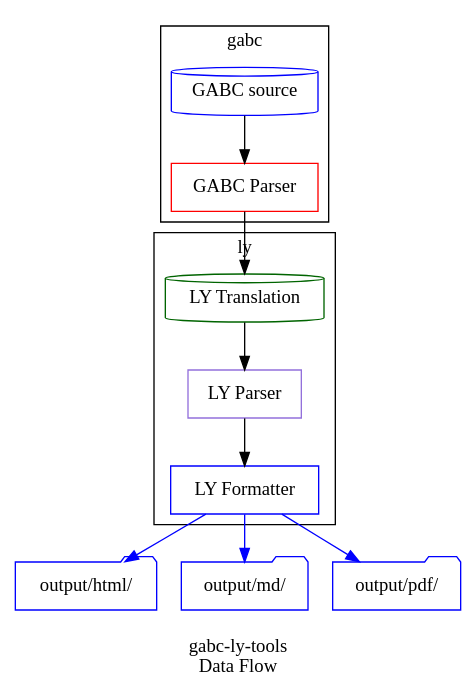
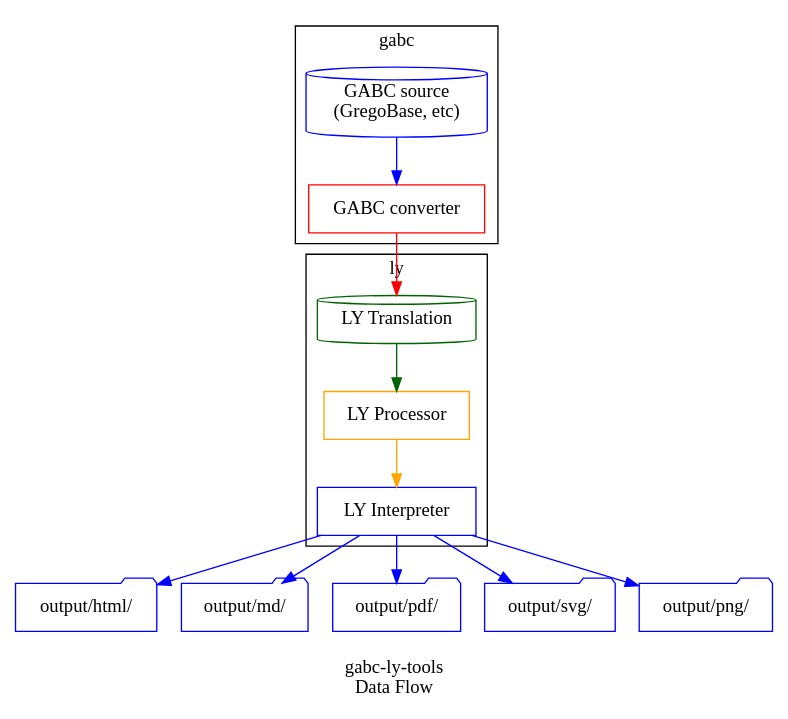
Before and after one commit to guild-st-isidore-TO/editorismelicorum: the diagram in static/design/data-flow.dot, drawn with Graphviz. The commit also changed other lines of this file, not shown here.

Commit message:
redesigned data flow

```diff
--- a/static/design/data-flow.dot
+++ b/static/design/data-flow.dot
@@ -1,32 +1,36 @@
 digraph {
     label = "\ngabc-ly-tools\nData Flow";
     node [shape = box;];
     
     subgraph cluster_0 {
         label = "gabc";
-        gabcSource -> gabcParser;
+        gabcSource -> gabcParser [color = blue;];
     }
     
-    gabcParser -> lyTranslation;
+    gabcParser -> lyTranslation [color = red;];
     
     subgraph cluster_1 {
         label = "ly";
-        lyTranslation -> lyParser;
-        lyParser -> lyFormatter;
+        lyTranslation -> lyProcessor [color = darkgreen;];
+        lyProcessor -> lyFormatter [color = orange;];
     }
     
     lyFormatter -> outputHtml [color = blue;];
     lyFormatter -> outputMarkdown [color = blue;];
     lyFormatter -> outputPdf [color = blue;];
+    lyFormatter -> outputSvg [color = blue;];
+    lyFormatter -> outputPng [color = blue;];
     
-    gabcSource [label = "GABC source";shape = cylinder;color = blue;];
-    gabcParser [label = "GABC Parser";color = red;];
+    gabcSource [label = "GABC source\n(GregoBase, etc)";shape = cylinder;color = blue;];
+    gabcParser [label = "GABC converter";color = red;];
     lyTranslation [label = "LY Translation";shape = cylinder;color = darkgreen;];
     
-    lyParser [label = "LY Parser";color = mediumpurple;];
-    lyFormatter [label = "LY Formatter";color = blue;];
+    lyProcessor [label = "LY Processor";color = orange;];
+    lyFormatter [label = "LY Interpreter";color = blue;];
     
     outputHtml [shape = folder;label = "output/html/";color = blue;];
     outputMarkdown [shape = folder;label = "output/md/";color = blue;];
     outputPdf [shape = folder;label = "output/pdf/";color = blue;];
+    outputSvg[shape = folder;label = "output/svg/";color = blue;];
+    outputPng[shape = folder;label = "output/png/";color = blue;];
 }
```
